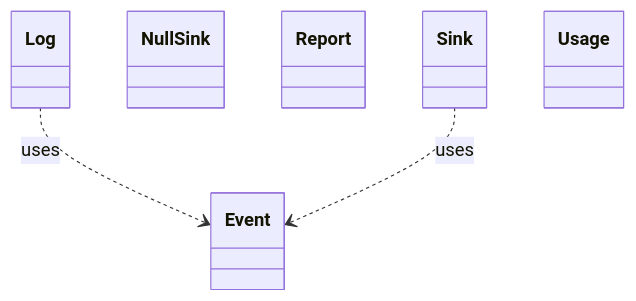
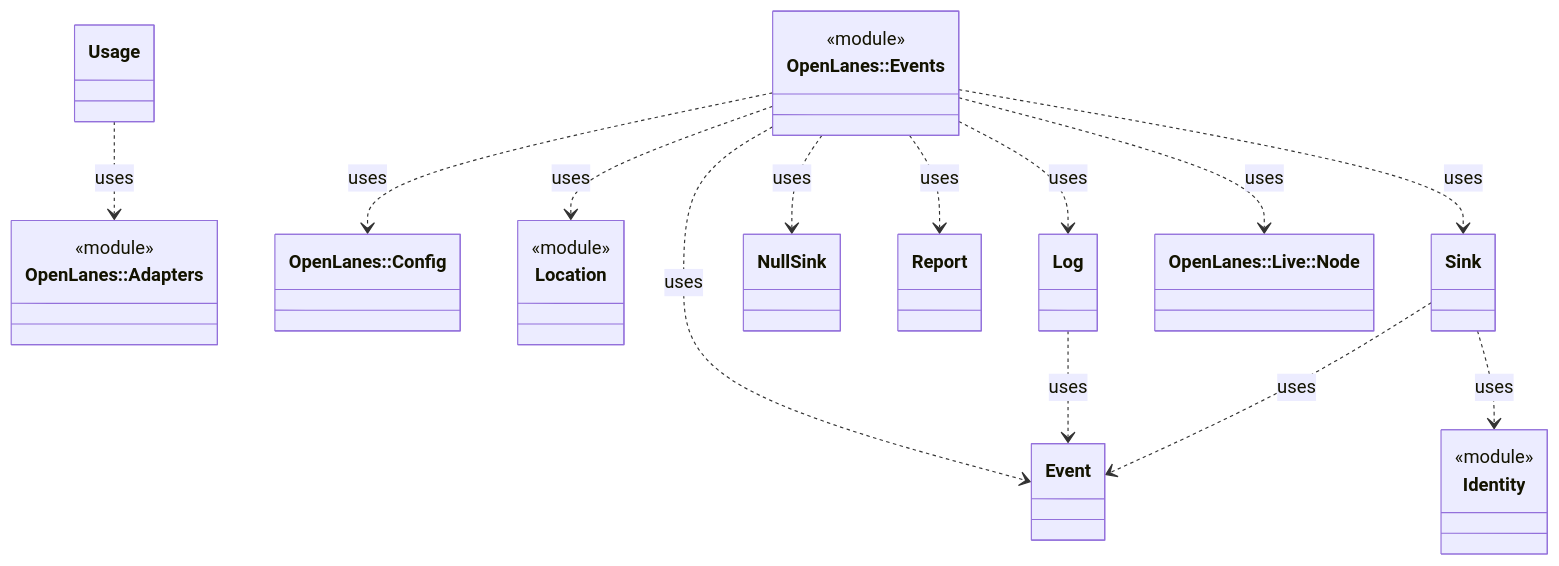
One commit to kigster/openlanes changed the diagram in docs/architecture/openlanes-events.md. Above: the diagram before and after it, drawn with Mermaid. The commit also changed 33 other files, not shown here.

````diff
--- a/docs/architecture/openlanes-events.md
+++ b/docs/architecture/openlanes-events.md
@@ -5,11 +5,31 @@
 ```mermaid
 classDiagram
+  class OpenLanes__Adapters["OpenLanes::Adapters"]
+  <<module>> OpenLanes__Adapters
+  class OpenLanes__Config["OpenLanes::Config"]
+  class OpenLanes__Events["OpenLanes::Events"]
+  <<module>> OpenLanes__Events
   class OpenLanes__Events__Event["Event"]
+  class OpenLanes__Events__Identity["Identity"]
+  <<module>> OpenLanes__Events__Identity
+  class OpenLanes__Events__Location["Location"]
+  <<module>> OpenLanes__Events__Location
   class OpenLanes__Events__Log["Log"]
   class OpenLanes__Events__NullSink["NullSink"]
   class OpenLanes__Events__Report["Report"]
   class OpenLanes__Events__Sink["Sink"]
   class OpenLanes__Events__Usage["Usage"]
+  class OpenLanes__Live__Node["OpenLanes::Live::Node"]
+  OpenLanes__Events ..> OpenLanes__Config : uses
+  OpenLanes__Events ..> OpenLanes__Events__Event : uses
+  OpenLanes__Events ..> OpenLanes__Events__Location : uses
+  OpenLanes__Events ..> OpenLanes__Events__Log : uses
+  OpenLanes__Events ..> OpenLanes__Events__NullSink : uses
+  OpenLanes__Events ..> OpenLanes__Events__Report : uses
+  OpenLanes__Events ..> OpenLanes__Events__Sink : uses
+  OpenLanes__Events ..> OpenLanes__Live__Node : uses
   OpenLanes__Events__Log ..> OpenLanes__Events__Event : uses
   OpenLanes__Events__Sink ..> OpenLanes__Events__Event : uses
+  OpenLanes__Events__Sink ..> OpenLanes__Events__Identity : uses
+  OpenLanes__Events__Usage ..> OpenLanes__Adapters : uses
 ```
````
